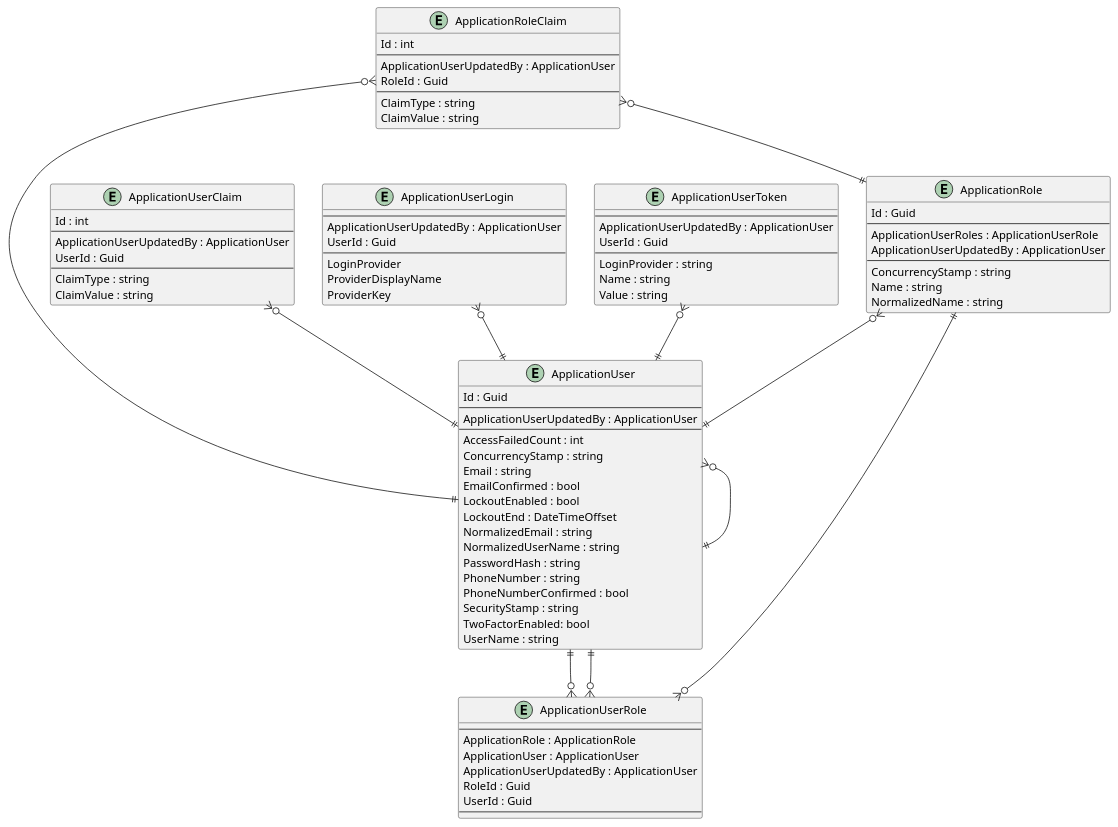
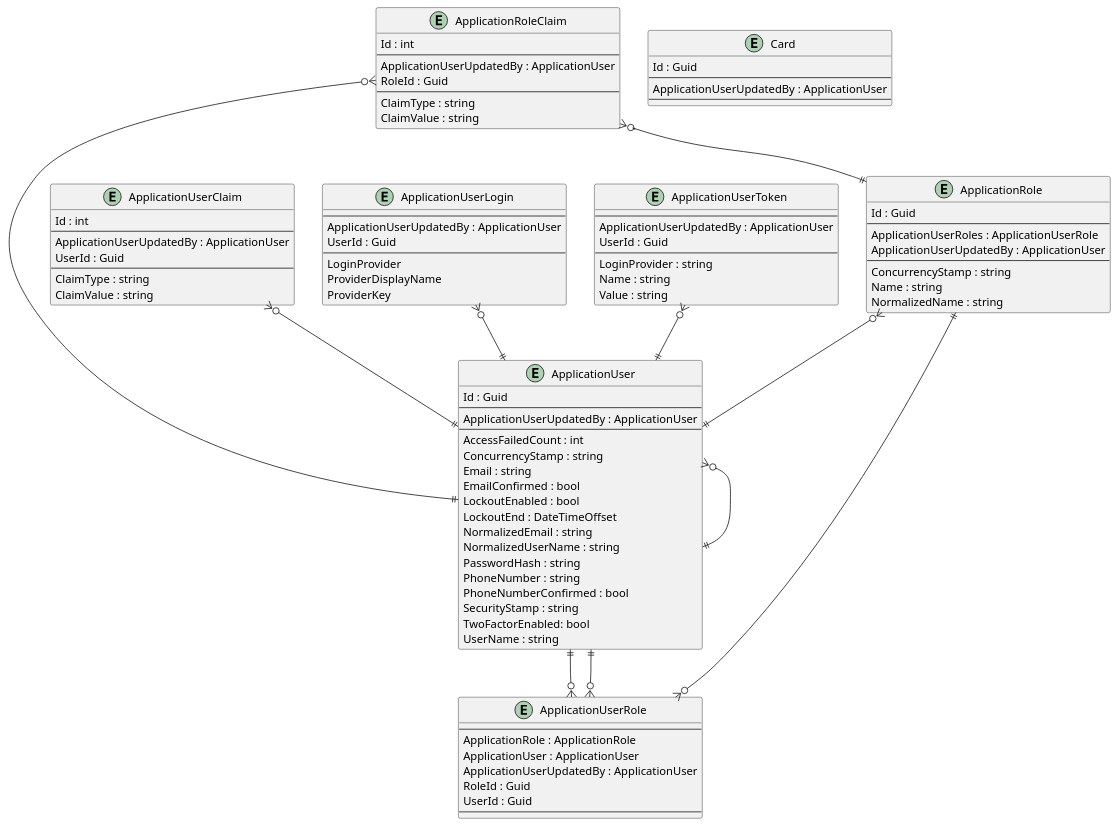
Before and after one commit to intrepion/intrepion_klondike-solitaire_csharp: the diagram in .docs/Intrepion.KlondikeSolitaire.pu, drawn with PlantUML.

```diff
--- a/.docs/Intrepion.KlondikeSolitaire.pu
+++ b/.docs/Intrepion.KlondikeSolitaire.pu
@@ -1,101 +1,110 @@
 @startuml
 
 entity ApplicationRole {
     Id : Guid
     --
     ApplicationUserRoles : ApplicationUserRole
     ApplicationUserUpdatedBy : ApplicationUser
     --
     ConcurrencyStamp : string
     Name : string
     NormalizedName : string
 }
 
 entity ApplicationRoleClaim {
     Id : int
     --
     ApplicationUserUpdatedBy : ApplicationUser
     RoleId : Guid
     --
     ClaimType : string
     ClaimValue : string
 }
 
 entity ApplicationUser {
     Id : Guid
     --
     ApplicationUserUpdatedBy : ApplicationUser
     ' ApplicationUserKeyCodePlaceholder
     --
     AccessFailedCount : int
     ConcurrencyStamp : string
     Email : string
     EmailConfirmed : bool
     LockoutEnabled : bool
     LockoutEnd : DateTimeOffset
     NormalizedEmail : string
     NormalizedUserName : string
     PasswordHash : string
     PhoneNumber : string
     PhoneNumberConfirmed : bool
     SecurityStamp : string
     TwoFactorEnabled: bool
     UserName : string
 }
 
 entity ApplicationUserClaim {
     Id : int
     --
     ApplicationUserUpdatedBy : ApplicationUser
     UserId : Guid
     --
     ClaimType : string
     ClaimValue : string
 }
 
 entity ApplicationUserLogin {
     --
     ApplicationUserUpdatedBy : ApplicationUser
     UserId : Guid
     --
     LoginProvider
     ProviderDisplayName
     ProviderKey
 }
 
 entity ApplicationUserRole {
     --
     ApplicationRole : ApplicationRole
     ApplicationUser : ApplicationUser
     ApplicationUserUpdatedBy : ApplicationUser
     RoleId : Guid
     UserId : Guid
     --
 }
 
 entity ApplicationUserToken {
     --
     ApplicationUserUpdatedBy : ApplicationUser
     UserId : Guid
     --
     LoginProvider : string
     Name : string
     Value : string
 }
 
+entity Card {
+    Id : Guid
+    --
+    ApplicationUserUpdatedBy : ApplicationUser
+    ' CardKeyCodePlaceholder
+    --
+    ' CardPropertyCodePlaceholder
+}
+
 ' EntityCodePlaceholder
 
 ApplicationRole ||--o{ ApplicationUserRole
 ApplicationRole }o--|| ApplicationUser
 ApplicationRoleClaim }o--|| ApplicationRole
 ApplicationRoleClaim }o--|| ApplicationUser
 ApplicationUser }o--|| ApplicationUser
 ApplicationUser ||--o{ ApplicationUserRole
 ApplicationUserClaim }o--|| ApplicationUser
 ApplicationUserLogin }o--|| ApplicationUser
 ApplicationUserRole }o--|| ApplicationUser
 ApplicationUserToken }o--|| ApplicationUser
 
 ' RelationshipCodePlaceholder
 
 @enduml
```
